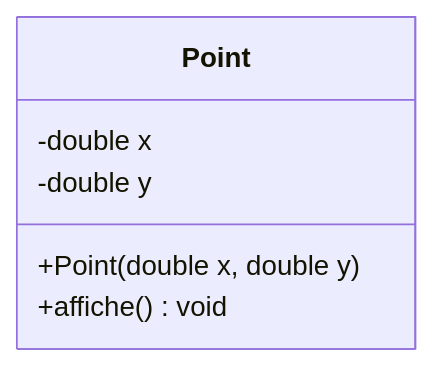
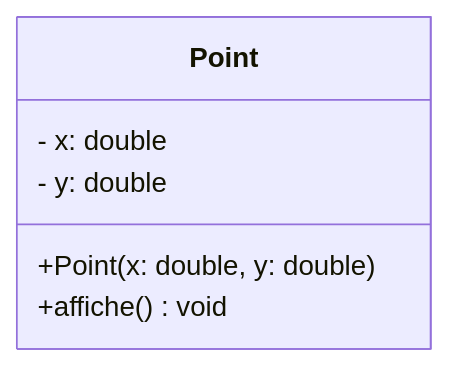
Before and after one commit to fabrice1618/intro-C: the second of 18 diagrams in cours_poo.md, drawn with Mermaid. The commit also changed other lines of this file and 1 other file, not shown here.

Commit message:
correction UML

````diff
--- a/cours_poo.md
+++ b/cours_poo.md
@@ -488,9 +488,9 @@
 ```mermaid
 classDiagram
 class Point{
-    -double x
-    -double y
-    +Point(double x, double y)
+    - x: double
+    - y: double
+    +Point(x: double, y: double)
     +affiche() void
 }
 ```
````
